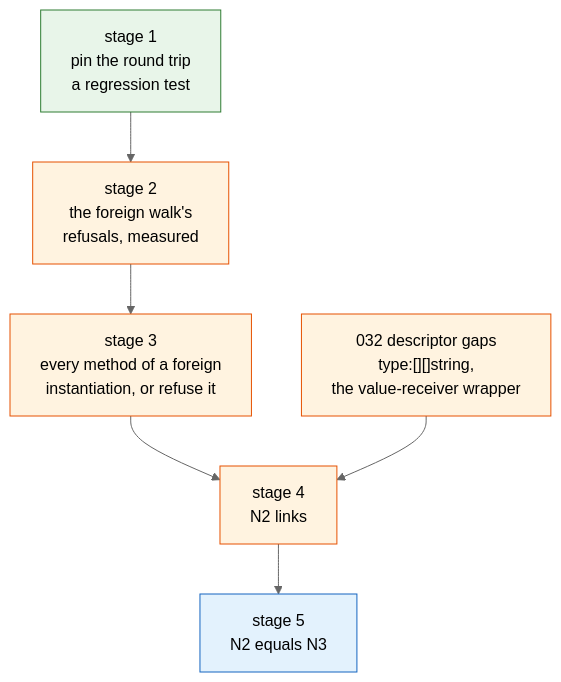
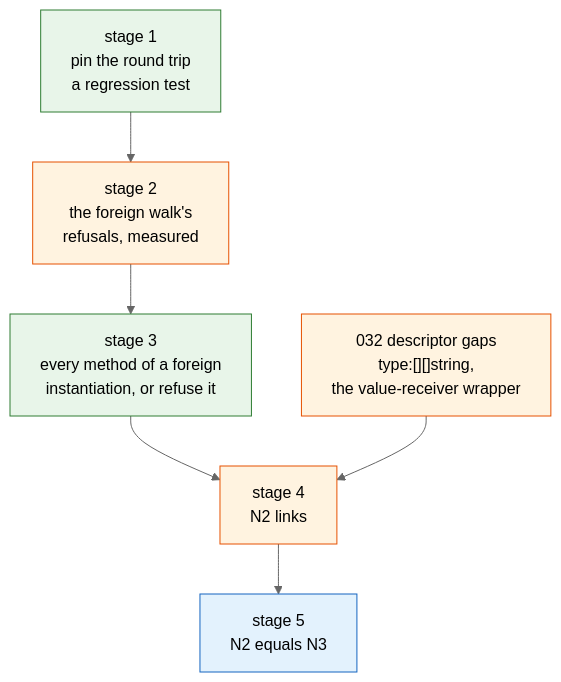
The second of 2 diagrams in specs/017-export-data-reading.md (golang-design/nanogo), drawn with Mermaid (neutral theme) before and after one commit. The commit also changed other lines of this file and 11 other files, not shown here.

````diff
--- a/specs/017-export-data-reading.md
+++ b/specs/017-export-data-reading.md
@@ -495,16 +550,16 @@
 ```mermaid
 graph TD
   classDef done fill:#e8f5e9,stroke:#2e7d32
   classDef work fill:#fff3e0,stroke:#e65100
   classDef gate fill:#e3f2fd,stroke:#1565c0
 
   S1["stage 1<br/>pin the round trip<br/>a regression test"]:::done
   S2["stage 2<br/>the foreign walk's<br/>refusals, measured"]:::work
-  S3["stage 3<br/>every method of a foreign<br/>instantiation, or refuse it"]:::work
+  S3["stage 3<br/>every method of a foreign<br/>instantiation, or refuse it"]:::done
   S4["stage 4<br/>N2 links"]:::work
   S5["stage 5<br/>N2 equals N3"]:::gate
 
   S1 --> S2 --> S3 --> S4 --> S5
   D32["032 descriptor gaps<br/>type:[][]string,<br/>the value-receiver wrapper"]:::work
   D32 --> S4
 ```
````
